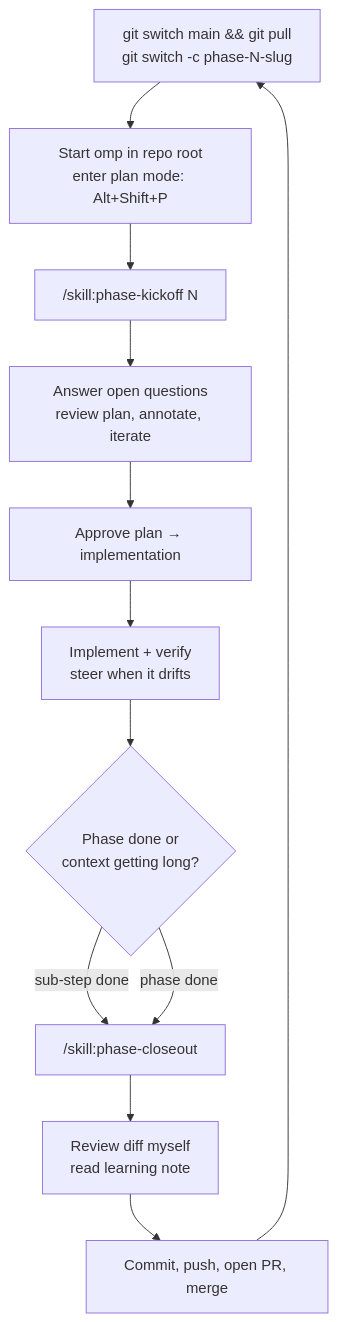
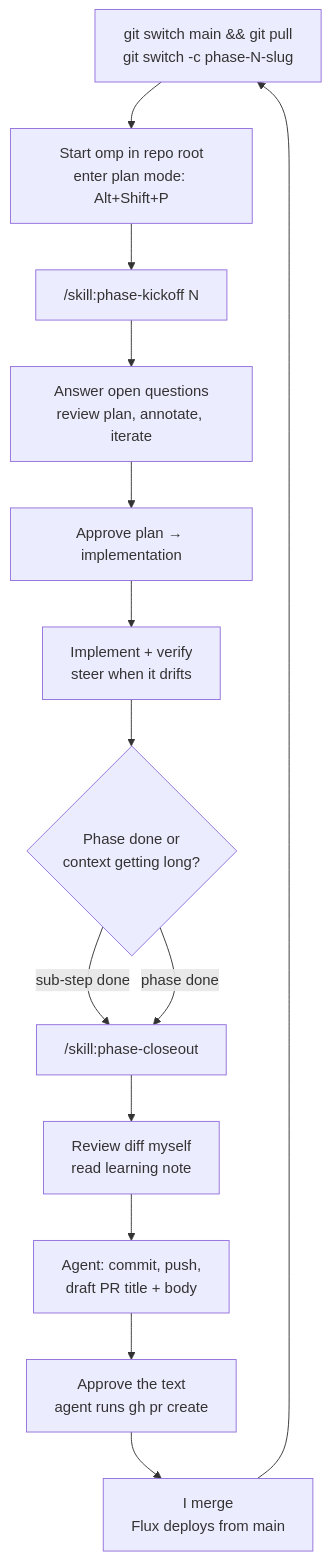
Before and after one commit to michael-antar/orderly: the diagram in docs/workflow.md, drawn with Mermaid. The commit also changed other lines of this file and 3 other files, not shown here.

````diff
--- a/docs/workflow.md
+++ b/docs/workflow.md
@@ -54,14 +55,16 @@
 ```mermaid
 flowchart TD
   A[git switch main && git pull<br/>git switch -c phase-N-slug] --> B[Start omp in repo root<br/>enter plan mode: Alt+Shift+P]
   B --> C["/skill:phase-kickoff N"]
   C --> D[Answer open questions<br/>review plan, annotate, iterate]
   D --> E[Approve plan → implementation]
   E --> F[Implement + verify<br/>steer when it drifts]
   F --> G{Phase done or<br/>context getting long?}
   G -->|sub-step done| H["/skill:phase-closeout"]
   G -->|phase done| H
   H --> I[Review diff myself<br/>read learning note]
-  I --> J[Commit, push, open PR, merge]
-  J --> A
+  I --> J[Agent: commit, push,<br/>draft PR title + body]
+  J --> K[Approve the text<br/>agent runs gh pr create]
+  K --> L[I merge<br/>Flux deploys from main]
+  L --> A
 ```
````
